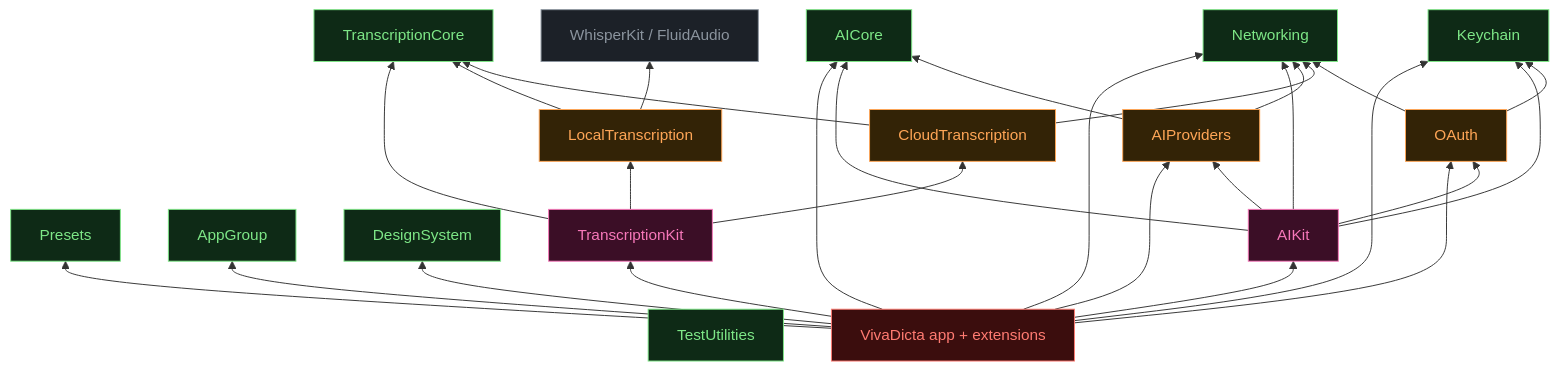
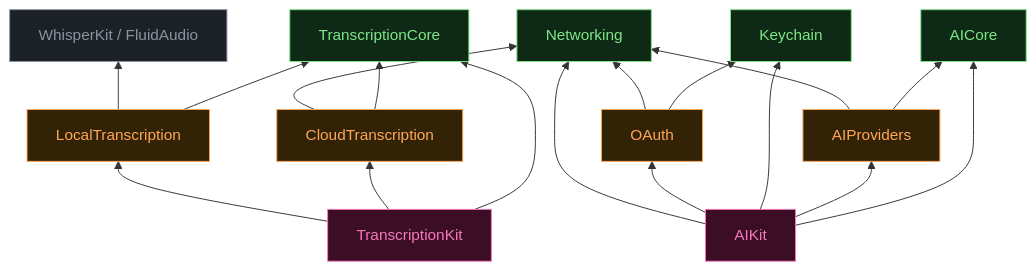
The second of 4 diagrams in documentation/Module-Architecture.md (n0an/VivaDicta), drawn with Mermaid before and after one commit. The commit also changed other lines of this file and 1 other file, not shown here.

Commit message:
De-clutter dependency graph: drop the app fan-out + leaf cores
The 'app depends on everything' fan-out (~10 edges) was pure noise on a
graph that should show inter-module structure. Drop the app node + its
edges and the leaf-only core modules (Presets/AppGroup/DesignSystem/
TestUtilities), leaving the two domain stacks legible; note in prose that
the app composes all + the leaf modules exist. Also add a note that 'core'
spans both generic infra and domain API kernels (same dep level, different
roles).

````diff
--- a/documentation/Module-Architecture.md
+++ b/documentation/Module-Architecture.md
@@ -57,66 +57,46 @@
 ```mermaid
 graph BT
   classDef core fill:#0e2a16,stroke:#7ee787,color:#7ee787
   classDef adapter fill:#332306,stroke:#ffa657,color:#ffa657
   classDef orchestrator fill:#3b0e26,stroke:#f778ba,color:#f778ba
-  classDef app fill:#3b0d0d,stroke:#ff7b72,color:#ff7b72
   classDef external fill:#1c2128,stroke:#8b949e,color:#8b949e
 
-  %% Core
+  %% Core (only those with in-graph dependents)
   Networking[Networking]:::core
   Keychain[Keychain]:::core
-  Presets[Presets]:::core
   TranscriptionCore[TranscriptionCore]:::core
   AICore[AICore]:::core
-  AppGroup[AppGroup]:::core
-  DesignSystem[DesignSystem]:::core
-  TestUtilities[TestUtilities]:::core
 
   %% Adapters
   OAuth[OAuth]:::adapter
   CloudTranscription[CloudTranscription]:::adapter
   LocalTranscription[LocalTranscription]:::adapter
   AIProviders[AIProviders]:::adapter
 
   %% Orchestrators
   TranscriptionKit[TranscriptionKit]:::orchestrator
   AIKit[AIKit]:::orchestrator
-
-  %% App
-  VivaDicta[VivaDicta app + extensions]:::app
 
   %% External
   WhisperKit[WhisperKit / FluidAudio]:::external
 
   %% Adapter -> Core
   OAuth --> Keychain
   OAuth --> Networking
   CloudTranscription --> TranscriptionCore
   CloudTranscription --> Networking
   LocalTranscription --> TranscriptionCore
   LocalTranscription --> WhisperKit
   AIProviders --> AICore
   AIProviders --> Networking
 
   %% Orchestrator -> Adapter + Core
   TranscriptionKit --> TranscriptionCore
   TranscriptionKit --> CloudTranscription
   TranscriptionKit --> LocalTranscription
   AIKit --> AICore
   AIKit --> AIProviders
   AIKit --> Keychain
   AIKit --> OAuth
   AIKit --> Networking
-
-  %% App -> what it composes
-  VivaDicta --> TranscriptionKit
-  VivaDicta --> AIKit
-  VivaDicta --> AICore
-  VivaDicta --> AIProviders
-  VivaDicta --> OAuth
-  VivaDicta --> Keychain
-  VivaDicta --> Networking
-  VivaDicta --> Presets
-  VivaDicta --> AppGroup
-  VivaDicta --> DesignSystem
 ```
````
